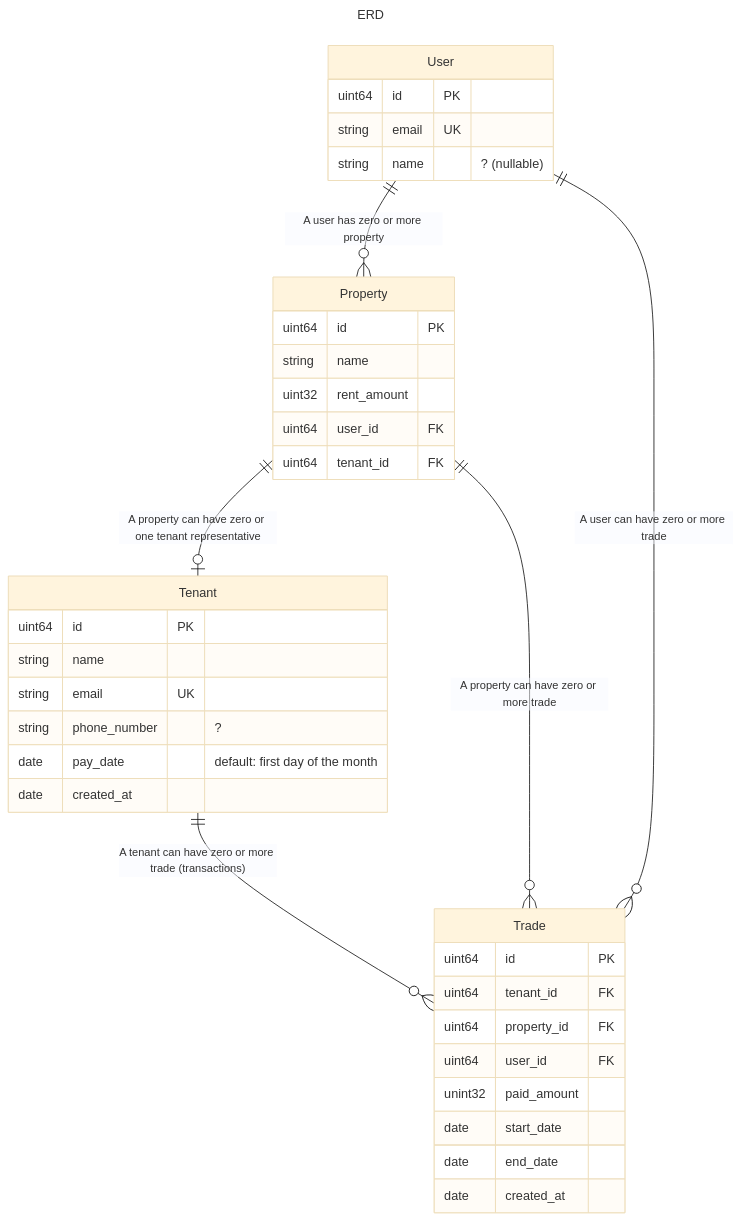
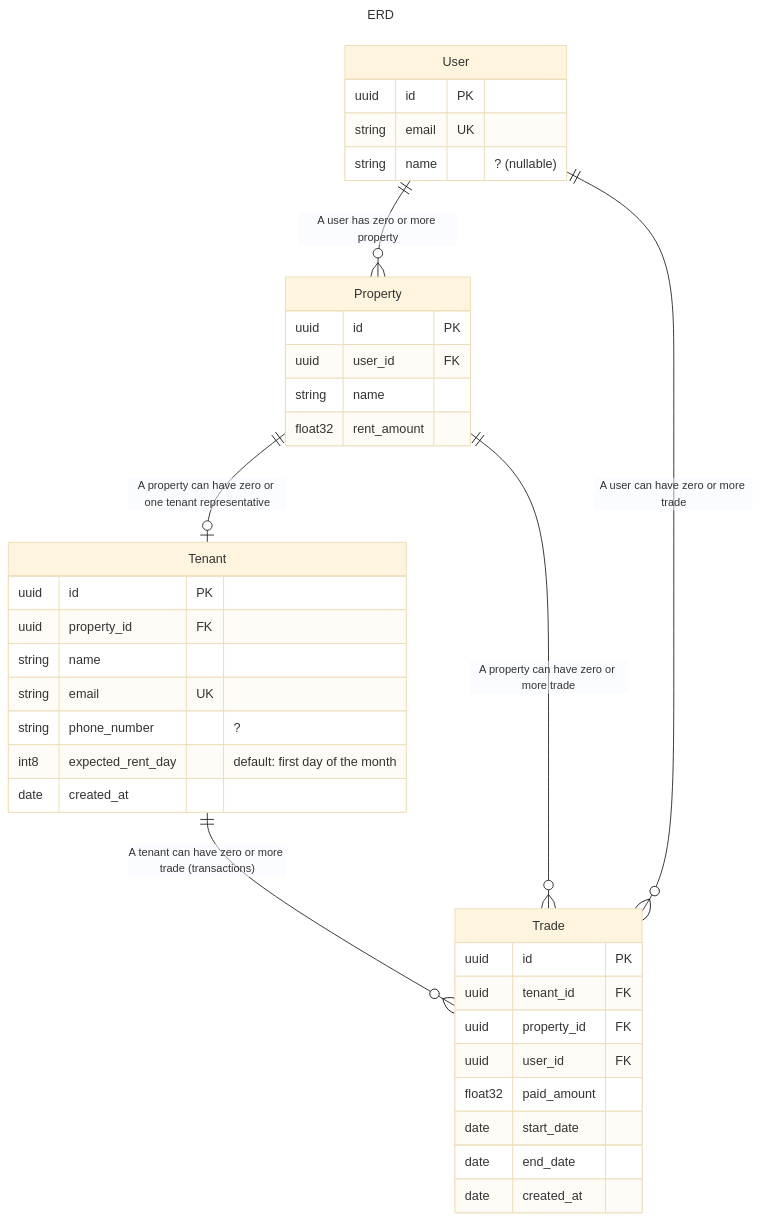
One commit to Se7enSe7enSe7en/tenant-manager changed the diagram in specs/erd.md. Above: the diagram before and after it, drawn with Mermaid (base theme). The commit also changed other lines of this file and 27 other files, not shown here.

````diff
--- a/specs/erd.md
+++ b/specs/erd.md
@@ -1,45 +3,45 @@
 ```Mermaid
 ---
 title: ERD
 ---
 erDiagram
     User {
-        uint64 id PK
+        uuid id PK
         string email UK
         string name "? (nullable)"
     }
 
     Property {
-        uint64 id PK
+        uuid id PK
+        uuid user_id FK
         string name
-        uint32 rent_amount
-        uint64 user_id FK
-        uint64 tenant_id FK
+        float32 rent_amount
     }
     User ||--o{ Property : "A user has zero or more property"
-    Property ||--o| Tenant : "A property can have zero or one tenant representative"
-    
+
     Tenant {
-        uint64 id PK
+        uuid id PK
+        uuid property_id FK
         string name
         string email UK
-        string phone_number "?" 
-        date pay_date "default: first day of the month"
+        string phone_number "?"
+        int8 expected_rent_day "default: first day of the month"
         date created_at
     }
- 
+    Property ||--o| Tenant : "A property can have zero or one tenant representative"
+
     Trade {
-        uint64 id PK
-        uint64 tenant_id FK
-        uint64 property_id FK
-        uint64 user_id FK
-        unint32 paid_amount
+        uuid id PK
+        uuid tenant_id FK
+        uuid property_id FK
+        uuid user_id FK
+        float32 paid_amount
         date start_date
         date end_date
         date created_at
     }
     Tenant ||--o{ Trade : "A tenant can have zero or more trade (transactions)"
     User ||--o{ Trade : "A user can have zero or more trade"
     Property ||--o{ Trade : "A property can have zero or more trade"
 
 ```
````
